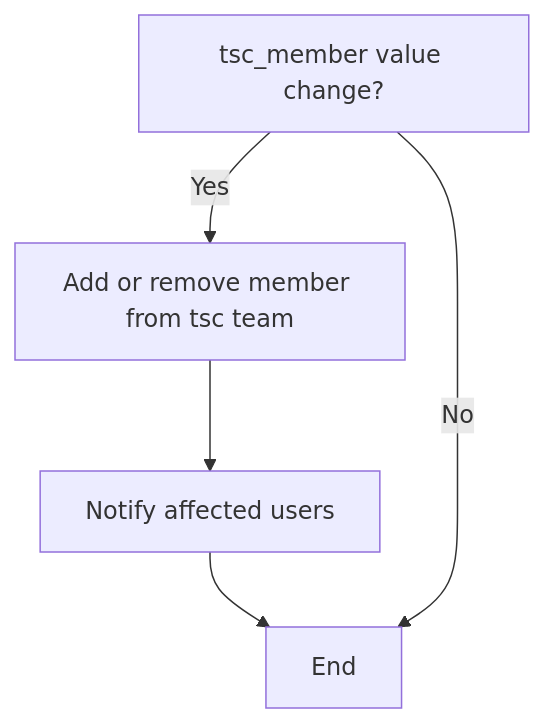
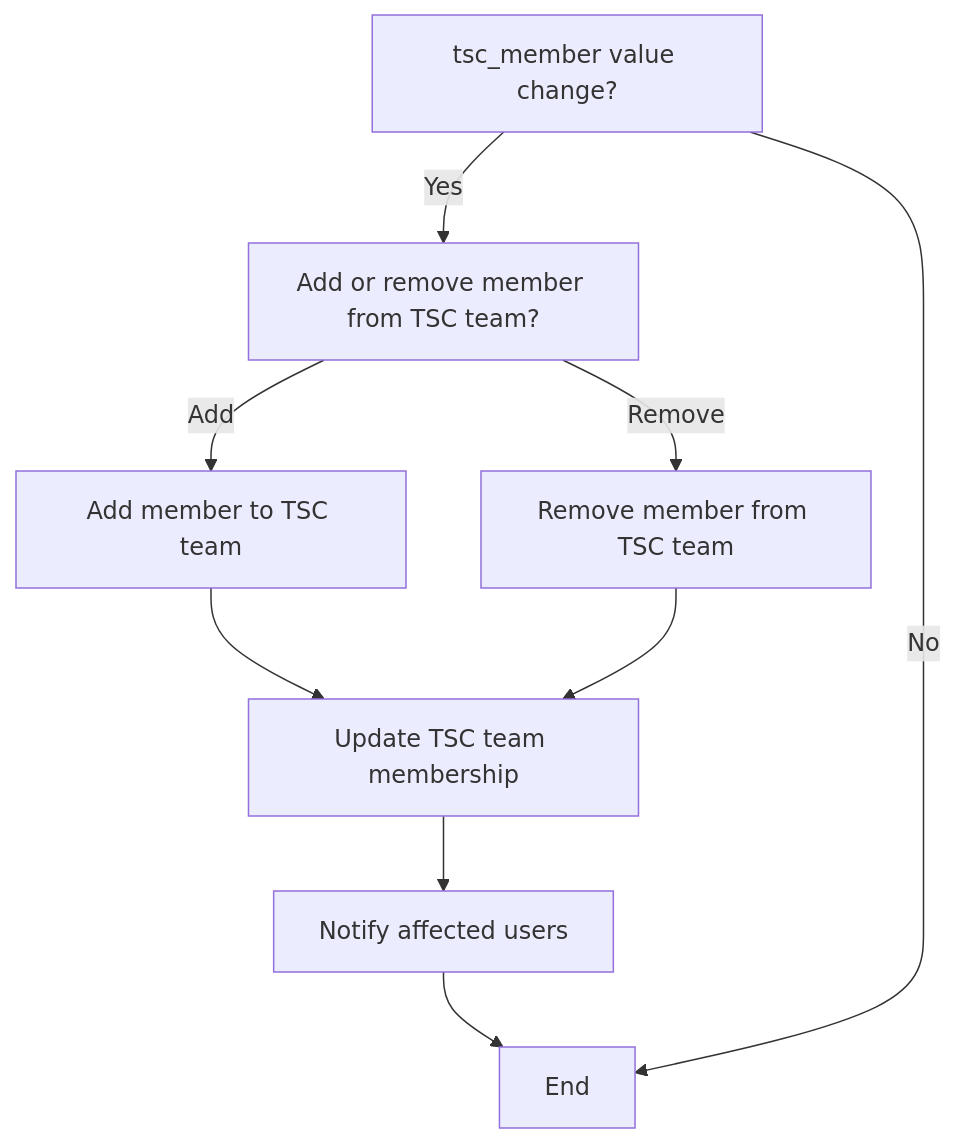
The eighth of 12 diagrams in mentorship/summerofcode/2023/workflowautomation/README.md (asyncapi/community), drawn with Mermaid before and after one commit. The commit also changed other lines of this file, not shown here.

Commit message:
changed some flowchart

````diff
--- a/mentorship/summerofcode/2023/workflowautomation/README.md
+++ b/mentorship/summerofcode/2023/workflowautomation/README.md
@@ -130,7 +135,12 @@
 ```mermaid
 graph TD;
-A[tsc_member value change?] --> |Yes| B[Add or remove member from tsc team];
-B --> C[Notify affected users];
-C --> D[End];
-A --> |No| D[End];
+    A[tsc_member value change?] --> |Yes| B[Add or remove member from TSC team?];
+    B --> |Add| C[Add member to TSC team];
+    B --> |Remove| D[Remove member from TSC team];
+    C --> E[Update TSC team membership];
+    D --> E[Update TSC team membership];
+    E --> F[Notify affected users];
+    F --> G[End];
+    A --> |No| G[End];
+
 ```
````
